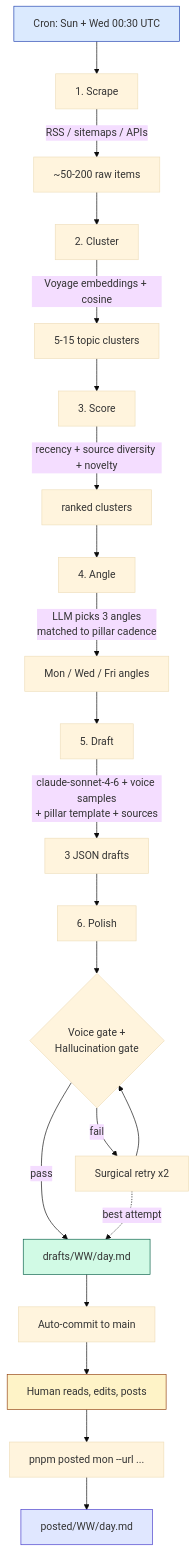
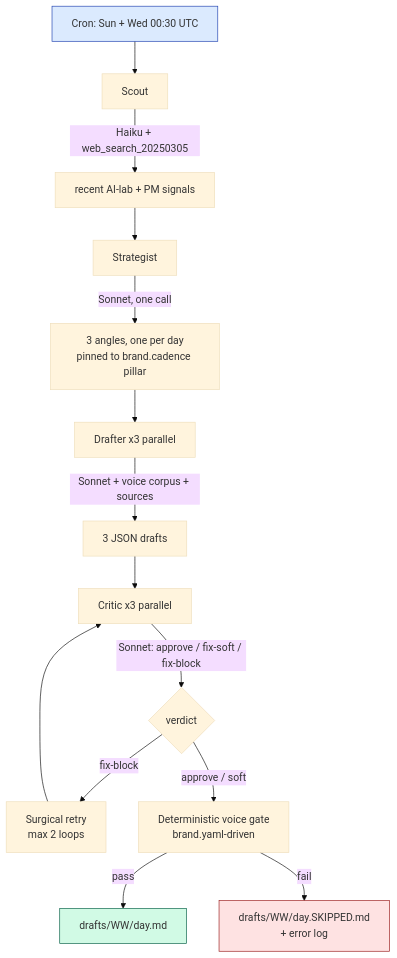
The diagram in ONEPAGER.md (Imasaikiran/linkedin-engine), drawn with Mermaid (base theme) before and after one commit. The commit also changed other lines of this file and 37 other files, not shown here.

````diff
--- a/ONEPAGER.md
+++ b/ONEPAGER.md
@@ -36,28 +36,20 @@
 ```mermaid
 flowchart TD
-    A[Cron: Sun + Wed 00:30 UTC] --> B[1. Scrape]
-    B -->|RSS / sitemaps / APIs| B1[~50-200 raw items]
-    B1 --> C[2. Cluster]
-    C -->|Voyage embeddings + cosine| C1[5-15 topic clusters]
-    C1 --> D[3. Score]
-    D -->|recency + source diversity + novelty| D1[ranked clusters]
-    D1 --> E[4. Angle]
-    E -->|LLM picks 3 angles<br/>matched to pillar cadence| E1[Mon / Wed / Fri angles]
-    E1 --> F[5. Draft]
-    F -->|claude-sonnet-4-6 + voice samples<br/>+ pillar template + sources| F1[3 JSON drafts]
-    F1 --> G[6. Polish]
-    G --> G1{Voice gate +<br/>Hallucination gate}
-    G1 -->|pass| H[drafts/WW/day.md]
-    G1 -->|fail| G2[Surgical retry x2]
-    G2 --> G1
-    G2 -.best attempt.-> H
-    H --> I[Auto-commit to main]
-    I --> J[Human reads, edits, posts]
-    J --> K[pnpm posted mon --url ...]
-    K --> L[posted/WW/day.md]
+    A[Cron: Sun + Wed 00:30 UTC] --> B[Scout]
+    B -->|Haiku + web_search_20250305| B1[recent AI-lab + PM signals]
+    B1 --> C[Strategist]
+    C -->|Sonnet, one call| C1[3 angles, one per day<br/>pinned to brand.cadence pillar]
+    C1 --> D[Drafter x3 parallel]
+    D -->|Sonnet + voice corpus + sources| D1[3 JSON drafts]
+    D1 --> E[Critic x3 parallel]
+    E -->|Sonnet: approve / fix-soft / fix-block| E1{verdict}
+    E1 -->|fix-block| F[Surgical retry<br/>max 2 loops]
+    F --> E
+    E1 -->|approve / soft| G[Deterministic voice gate<br/>brand.yaml-driven]
+    G -->|pass| H[drafts/WW/day.md]
+    G -->|fail| H2[drafts/WW/day.SKIPPED.md<br/>+ error log]
 
     style A fill:#dbeafe,stroke:#1e40af
     style H fill:#d1fae5,stroke:#065f46
-    style J fill:#fef3c7,stroke:#92400e
-    style L fill:#e0e7ff,stroke:#4338ca
+    style H2 fill:#fee2e2,stroke:#991b1b
 ```
````
